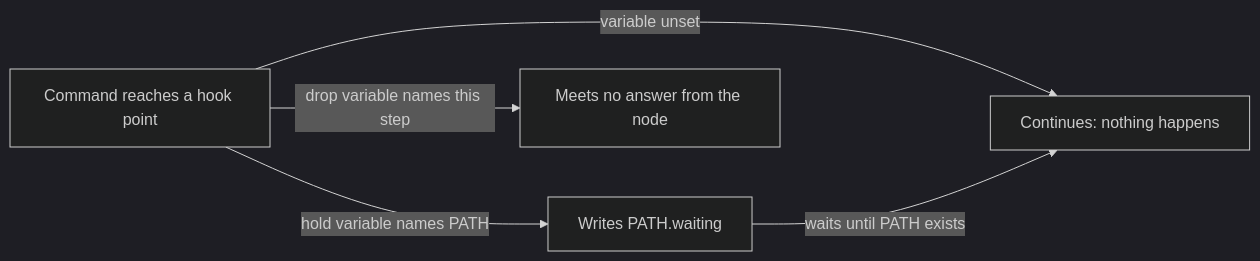
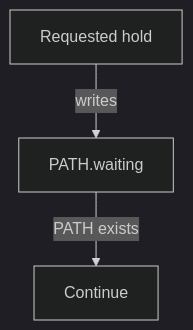
Before and after one commit to lambdasistemi/singular: the fifth of 6 diagrams in docs/singular-node.md, drawn with Mermaid (dark theme). The commit also changed other lines of this file and 112 other files, not shown here.

````diff
--- a/docs/singular-node.md
+++ b/docs/singular-node.md
@@ -331,7 +307,5 @@
 ```mermaid
-flowchart LR
-    C[Command reaches a hook point] -->|variable unset| N[Continues: nothing happens]
-    C -->|hold variable names PATH| W[Writes PATH.waiting]
-    W -->|waits until PATH exists| N
-    C -->|drop variable names this step| D[Meets no answer from the node]
+flowchart TB
+    C[Requested hold] -->|writes| W[PATH.waiting]
+    W -->|PATH exists| N[Continue]
 ```
````
